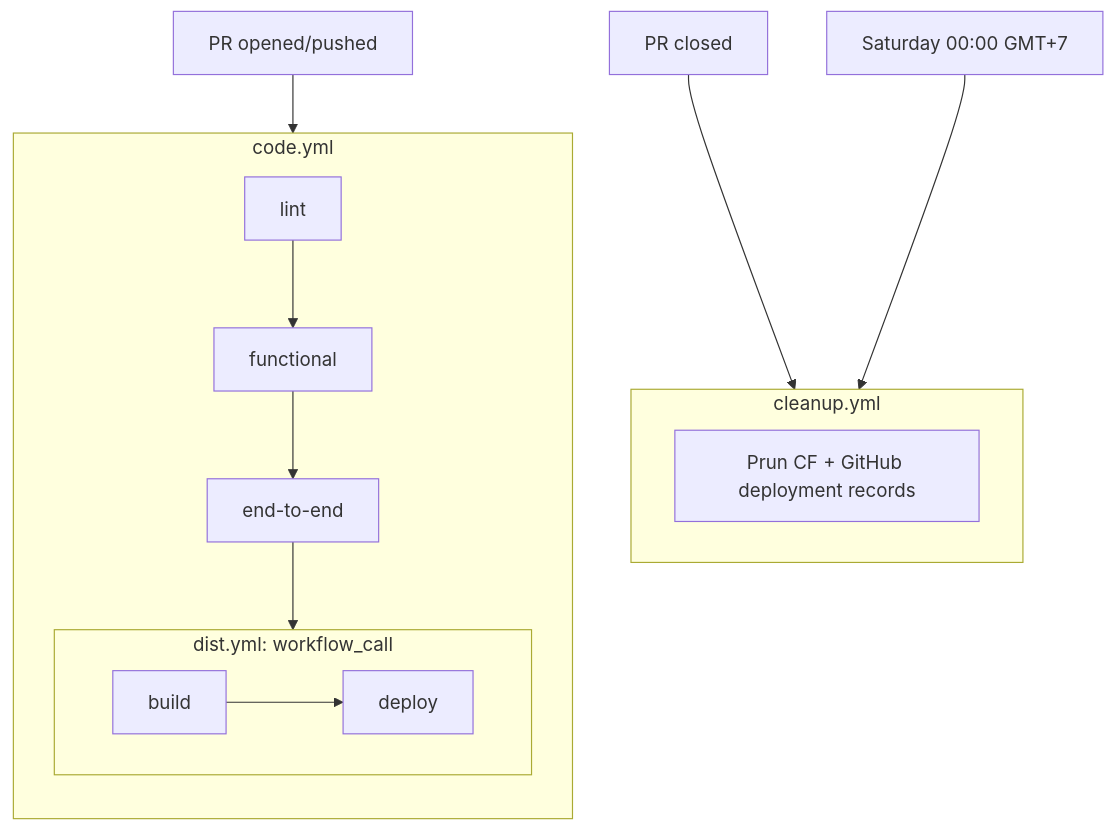
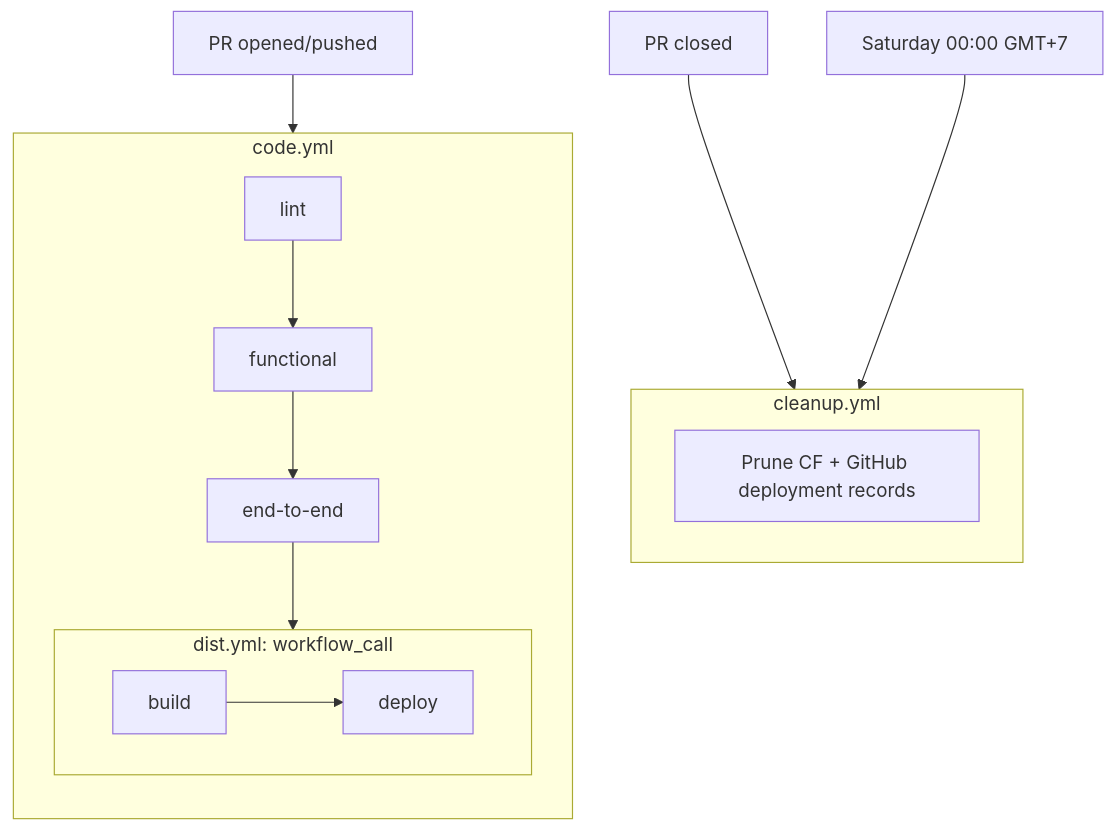
The diagram in README.md (feryardiant/learn-viteplus), drawn with Mermaid before and after one commit.

Commit message:
docs: fix typo

````diff
--- a/README.md
+++ b/README.md
@@ -18,22 +18,22 @@
 ```mermaid
 flowchart TD
   PR[PR opened/pushed] --> code
 
   subgraph code[code.yml]
     direction TD
     lint --> func["functional"]
     func --> e2e["end-to-end"]
     e2e --> dist
   end
 
   subgraph dist["dist.yml: workflow_call"]
     build --> deploy
   end
 
   PRClosed[PR closed] --> cleanup
   Schedule["Saturday 00:00 GMT+7"] --> cleanup
 
   subgraph cleanup[cleanup.yml]
-    prune["Prun CF + GitHub deployment records"]
+    prune["Prune CF + GitHub deployment records"]
   end
 ```
````
